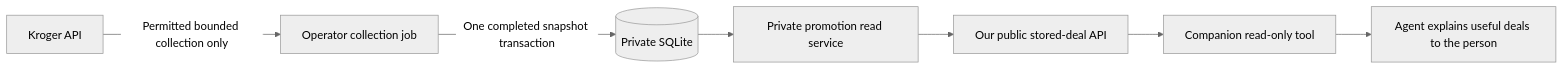
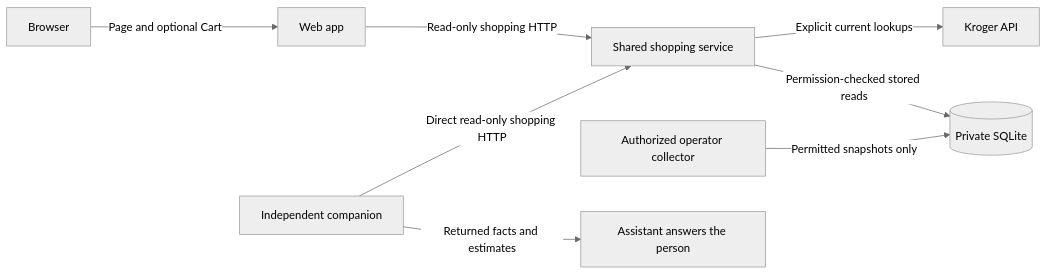
The diagram in docs/PROMOTION_SERVICE.md (aipersonalized/houston-i-love-kroger), drawn with Mermaid (neutral theme) before and after one commit. The commit also changed other lines of this file and 21 other files, not shown here.

Commit message:
Add shared shopping service for browser and companion

````diff
--- a/docs/PROMOTION_SERVICE.md
+++ b/docs/PROMOTION_SERVICE.md
@@ -23,9 +23,12 @@
 ```mermaid
 flowchart LR
-  Kroger[Kroger API] -->|Permitted bounded collection only| Collector[Operator collection job]
-  Collector -->|One completed snapshot transaction| DB[(Private SQLite)]
-  DB --> Service[Private promotion read service]
-  Service --> App[Our public stored-deal API]
-  App --> Tool[Companion read-only tool]
-  Tool --> Agent[Agent explains useful deals to the person]
+  accTitle: Independent shopping clients share one headless service
+  accDescr: The browser uses the web app for its page and optional Cart. The web app and independent companion request shopping from the shared service, which owns supplier reads and permission checked history. An authorized operator separately writes allowed history.
+  Browser[Browser] -->|Page and optional Cart| Web[Web app]
+  Web -->|Read-only shopping HTTP| Service[Shared shopping service]
+  Companion[Independent companion] -->|Direct read-only shopping HTTP| Service
+  Service -->|Explicit current lookups| Kroger[Kroger API]
+  Service -->|Permission-checked stored reads| DB[(Private SQLite)]
+  Collector[Authorized operator collector] -->|Permitted snapshots only| DB
+  Companion -->|Returned facts and estimates| Agent[Assistant answers the person]
 ```
````
